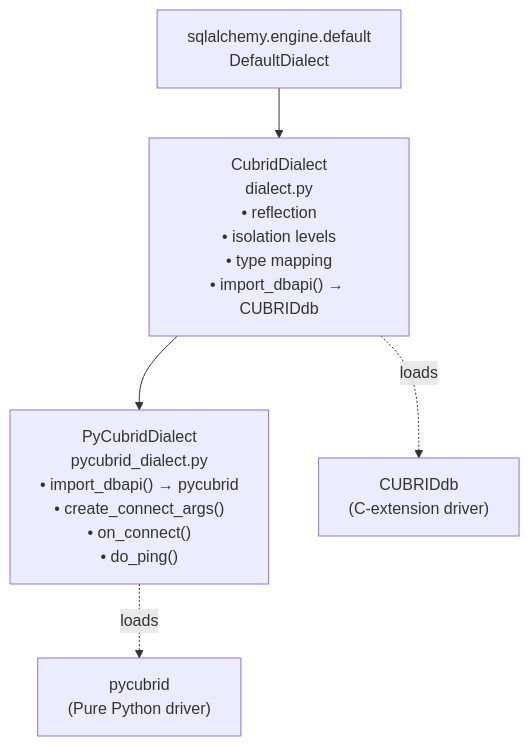
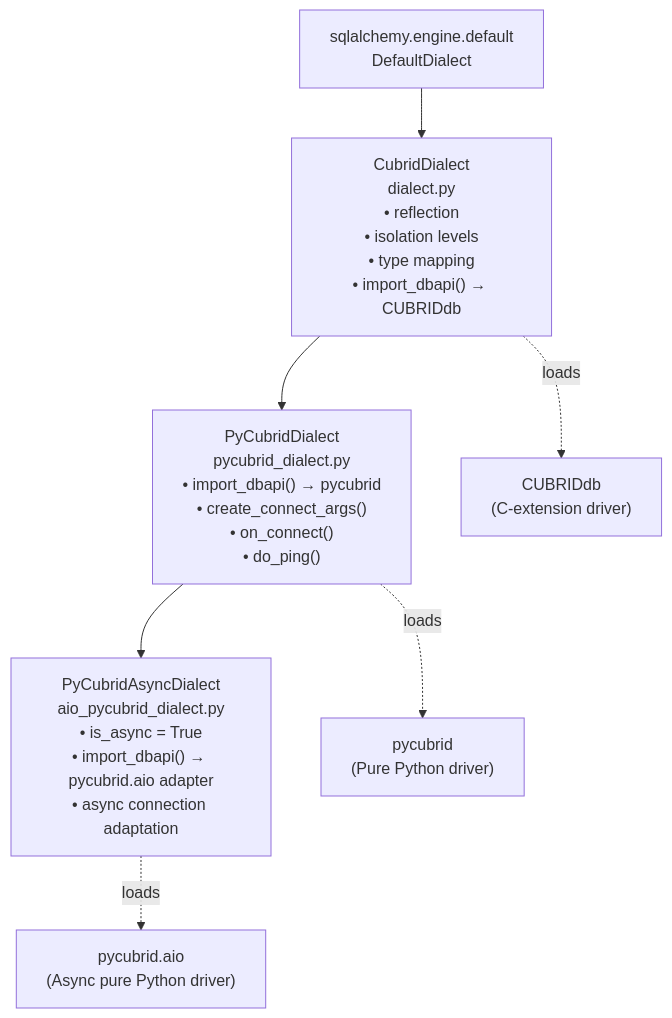
The sixth of 6 diagrams in docs/ARCHITECTURE.md (cubrid-labs/sqlalchemy-cubrid), drawn with Mermaid before and after one commit. The commit also changed other lines of this file and 17 other files, not shown here.

````diff
--- a/docs/ARCHITECTURE.md
+++ b/docs/ARCHITECTURE.md
@@ -210,12 +223,15 @@
 ```mermaid
 flowchart TD
     sa_default["sqlalchemy.engine.default<br/>DefaultDialect"]
     cubrid_base["CubridDialect<br/>dialect.py<br/>• reflection<br/>• isolation levels<br/>• type mapping<br/>• import_dbapi() → CUBRIDdb"]
     pycubrid_variant["PyCubridDialect<br/>pycubrid_dialect.py<br/>• import_dbapi() → pycubrid<br/>• create_connect_args()<br/>• on_connect()<br/>• do_ping()"]
+    aio_variant["PyCubridAsyncDialect<br/>aio_pycubrid_dialect.py<br/>• is_async = True<br/>• import_dbapi() → pycubrid.aio adapter<br/>• async connection adaptation"]
     
     sa_default --> cubrid_base
     cubrid_base --> pycubrid_variant
+    pycubrid_variant --> aio_variant
     
     cubrid_base -.->|"loads"| cci["CUBRIDdb<br/>(C-extension driver)"]
     pycubrid_variant -.->|"loads"| pure["pycubrid<br/>(Pure Python driver)"]
+    aio_variant -.->|"loads"| pure_async["pycubrid.aio<br/>(Async pure Python driver)"]
 ```
````
